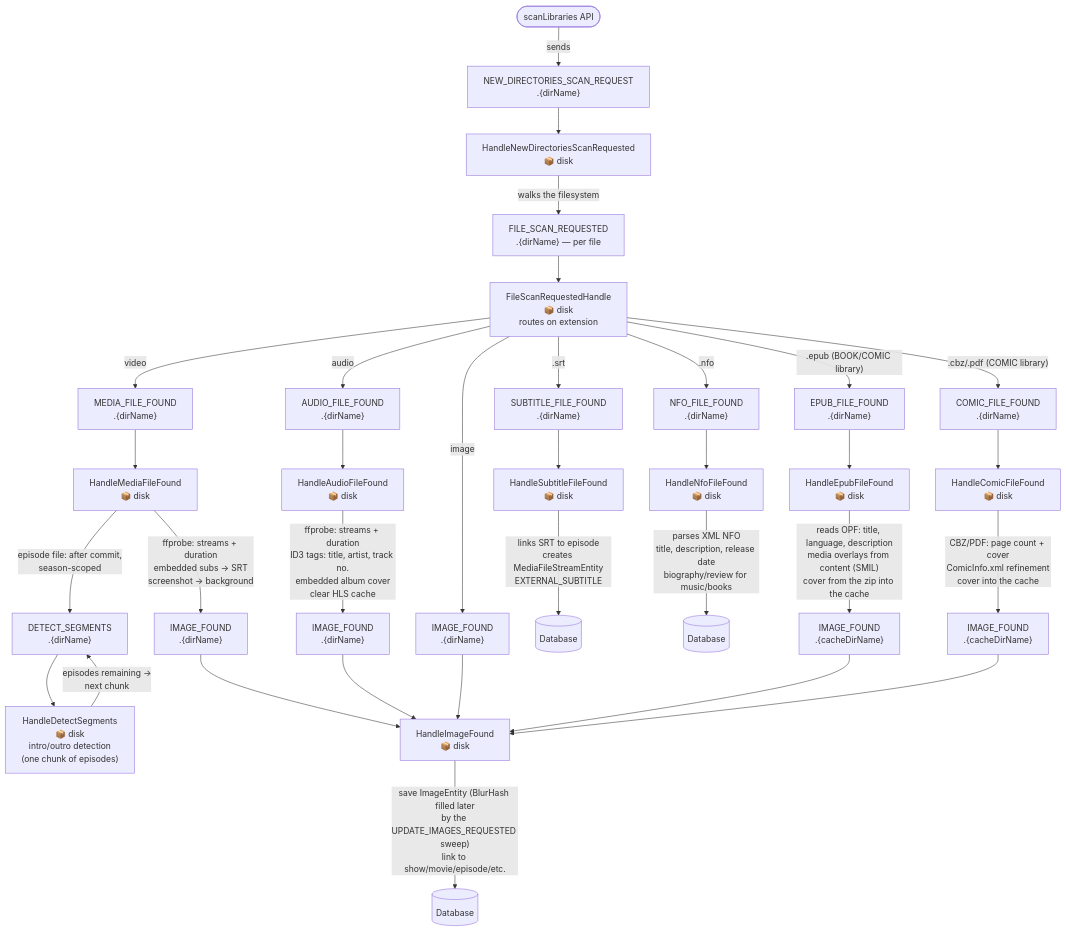
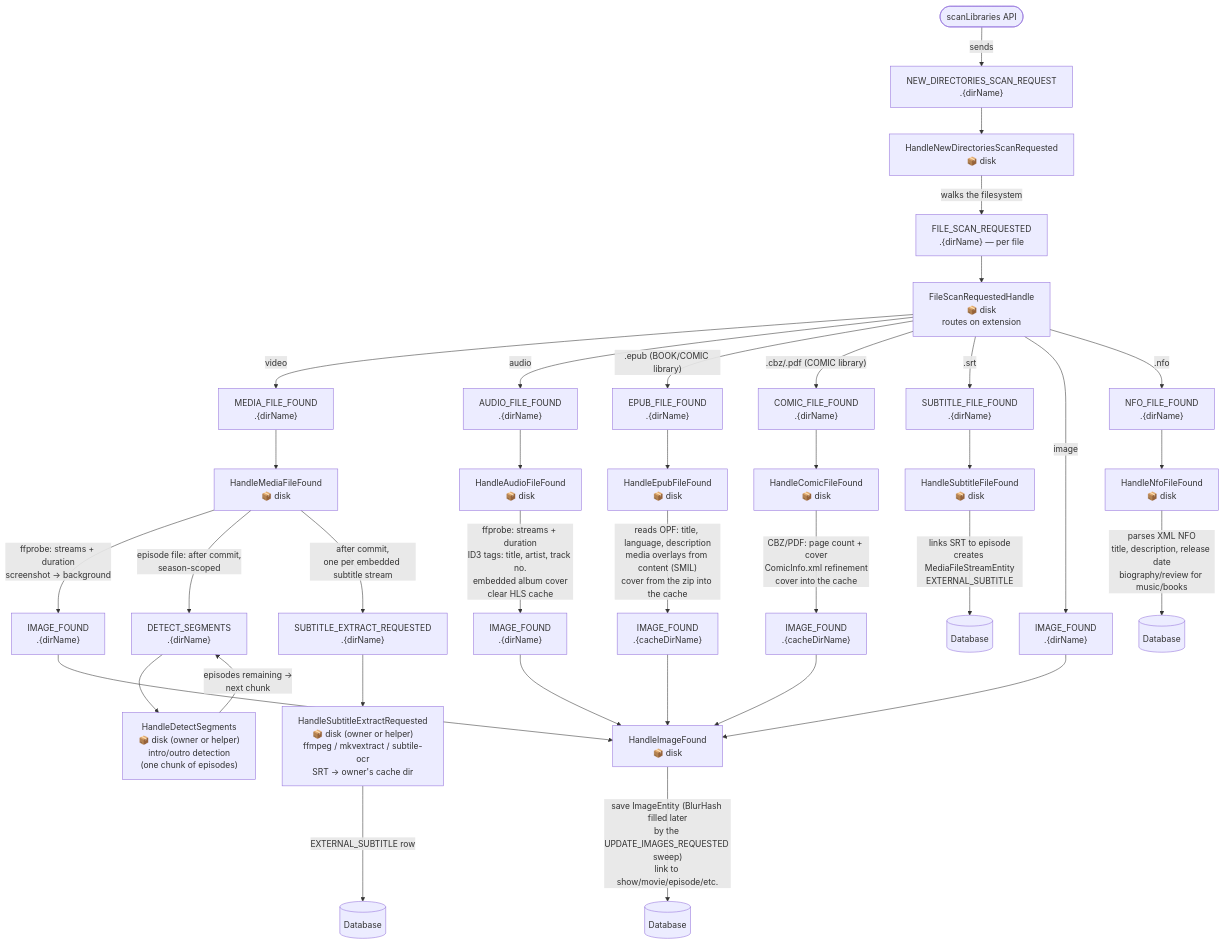
Before and after one commit to ister-app/server: the diagram in doc/architecture/diagrams/scan-flow.md, drawn with Mermaid. The commit also changed 66 other files, not shown here.

First line of the commit message:
feat(core): helper nodes for transcoding, intro detection and subtitle extraction

````diff
--- a/doc/architecture/diagrams/scan-flow.md
+++ b/doc/architecture/diagrams/scan-flow.md
@@ -7,47 +7,50 @@
 ```mermaid
 flowchart TD
     API([scanLibraries API]) -->|sends| A
 
     A["NEW_DIRECTORIES_SCAN_REQUEST\n.{dirName}"]
     A --> B["HandleNewDirectoriesScanRequested\n📦 disk"]
     B -->|walks the filesystem| C
 
     C["FILE_SCAN_REQUESTED\n.{dirName} — per file"]
     C --> D["FileScanRequestedHandle\n📦 disk\nroutes on extension"]
 
     D -->|video| E["MEDIA_FILE_FOUND\n.{dirName}"]
     D -->|audio| F["AUDIO_FILE_FOUND\n.{dirName}"]
     D -->|".epub (BOOK/COMIC library)"| EP["EPUB_FILE_FOUND\n.{dirName}"]
     D -->|".cbz/.pdf (COMIC library)"| CO["COMIC_FILE_FOUND\n.{dirName}"]
     D -->|.srt| G["SUBTITLE_FILE_FOUND\n.{dirName}"]
     D -->|image| H["IMAGE_FOUND\n.{dirName}"]
     D -->|.nfo| I["NFO_FILE_FOUND\n.{dirName}"]
 
     E --> J["HandleMediaFileFound\n📦 disk"]
-    J -->|"ffprobe: streams + duration\nembedded subs → SRT\nscreenshot → background"| K["IMAGE_FOUND\n.{dirName}"]
+    J -->|"ffprobe: streams + duration\nscreenshot → background"| K["IMAGE_FOUND\n.{dirName}"]
     J -->|"episode file: after commit,\nseason-scoped"| DS["DETECT_SEGMENTS\n.{dirName}"]
-    DS --> DSH["HandleDetectSegments\n📦 disk\nintro/outro detection\n(one chunk of episodes)"]
+    DS --> DSH["HandleDetectSegments\n📦 disk (owner or helper)\nintro/outro detection\n(one chunk of episodes)"]
     DSH -->|"episodes remaining →\nnext chunk"| DS
+    J -->|"after commit,\none per embedded subtitle stream"| SE["SUBTITLE_EXTRACT_REQUESTED\n.{dirName}"]
+    SE --> SEH["HandleSubtitleExtractRequested\n📦 disk (owner or helper)\nffmpeg / mkvextract / subtile-ocr\nSRT → owner's cache dir"]
+    SEH -->|"EXTERNAL_SUBTITLE row"| DB0[(Database)]
 
     F --> L["HandleAudioFileFound\n📦 disk"]
     L -->|"ffprobe: streams + duration\nID3 tags: title, artist, track no.\nembedded album cover\nclear HLS cache"| M["IMAGE_FOUND\n.{dirName}"]
 
     G --> N["HandleSubtitleFileFound\n📦 disk"]
     N -->|"links SRT to episode\ncreates MediaFileStreamEntity\nEXTERNAL_SUBTITLE"| DB1[(Database)]
 
     K --> O["HandleImageFound\n📦 disk"]
     M --> O
     H --> O
     O -->|"save ImageEntity (BlurHash filled later\nby the UPDATE_IMAGES_REQUESTED sweep)\nlink to show/movie/episode/etc."| DB2[(Database)]
 
     I --> P["HandleNfoFileFound\n📦 disk"]
     P -->|"parses XML NFO\ntitle, description, release date\nbiography/review for music/books"| DB3[(Database)]
 
     EP --> Q["HandleEpubFileFound\n📦 disk"]
     Q -->|"reads OPF: title, language, description\nmedia overlays from content (SMIL)\ncover from the zip into the cache"| R["IMAGE_FOUND\n.{cacheDirName}"]
     R --> O
 
     CO --> S["HandleComicFileFound\n📦 disk"]
     S -->|"CBZ/PDF: page count + cover\nComicInfo.xml refinement\ncover into the cache"| T["IMAGE_FOUND\n.{cacheDirName}"]
     T --> O
 ```
````
